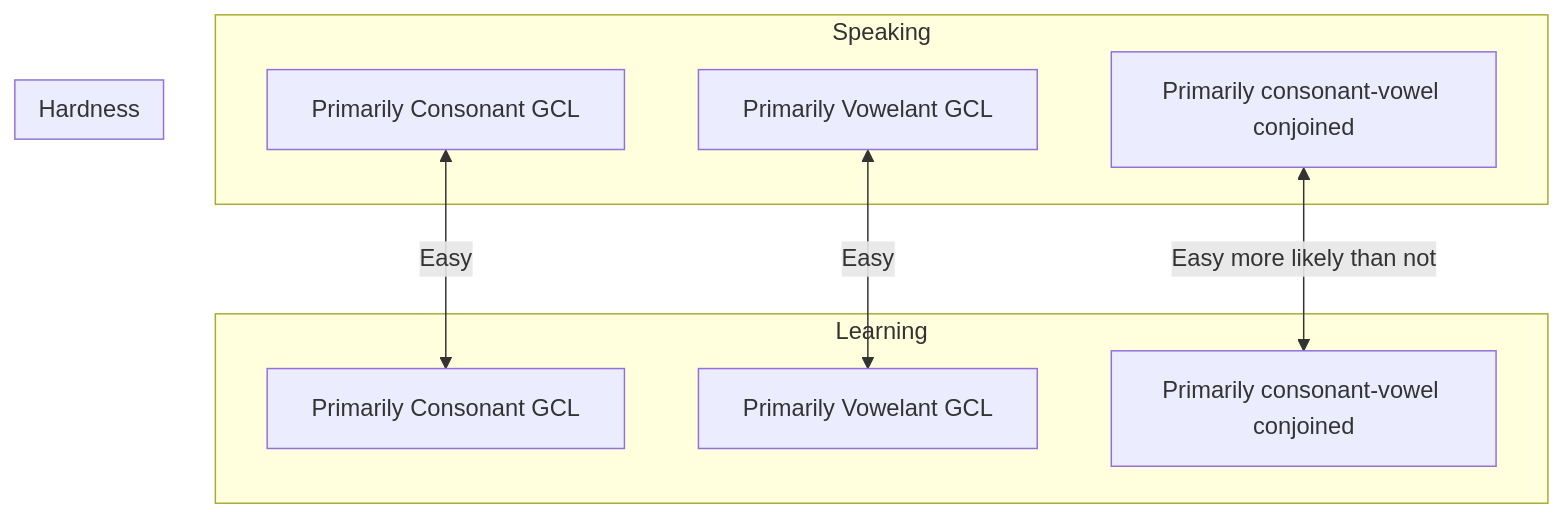
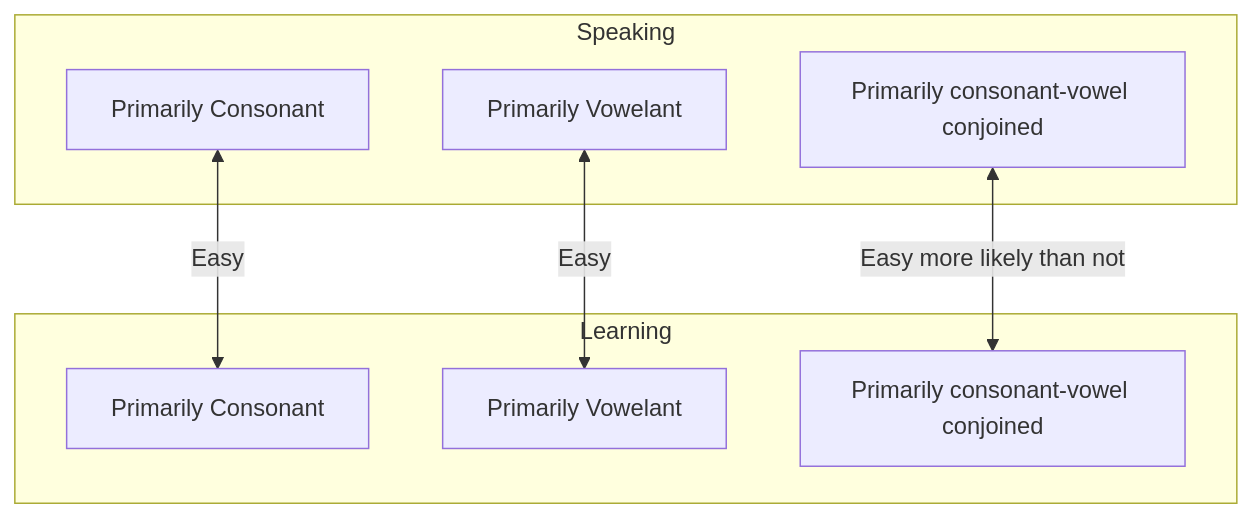
Before and after one commit to bendqh1/mermaid: the diagram in general_communication_languages_categorization_for_learning.md, drawn with Mermaid.

````diff
--- a/general_communication_languages_categorization_for_learning.md
+++ b/general_communication_languages_categorization_for_learning.md
@@ -11,21 +11,19 @@
 ```mermaid
 flowchart TD
 
   subgraph A [Speaking]
-    A1[Primarily Consonant GCL]
-    A2[Primarily Vowelant GCL]
+    A1[Primarily Consonant]
+    A2[Primarily Vowelant]
     A3[Primarily consonant-vowel conjoined]
   end
 
   subgraph B [Learning]
-    B1[Primarily Consonant GCL]
-    B2[Primarily Vowelant GCL]
+    B1[Primarily Consonant]
+    B2[Primarily Vowelant]
     B3[Primarily consonant-vowel conjoined]
   end
 
-  subgraph C [Hardness]
-    A1 <-->|Easy| B1
-    A2 <-->|Easy| B2
-    A3 <-->|Easy more likely than not| B3
-  end
+  A1 <-->|Easy| B1
+  A2 <-->|Easy| B2
+  A3 <-->|Easy more likely than not| B3
 ```
````
